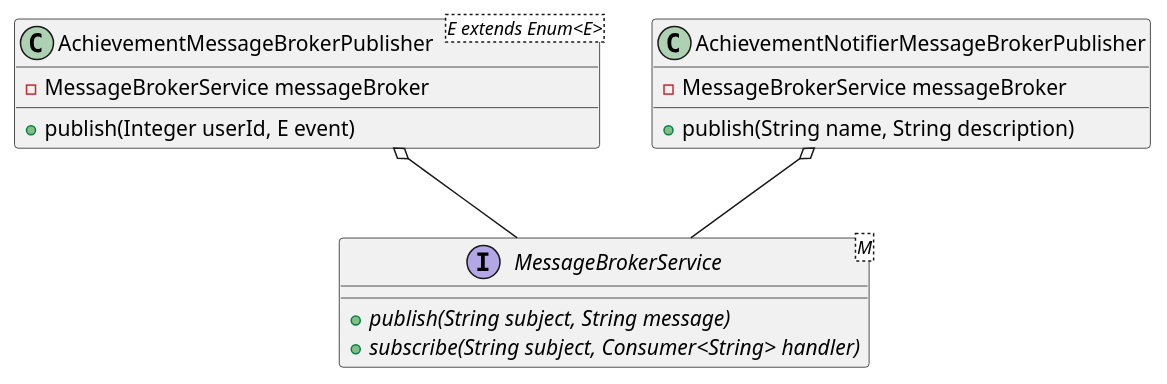
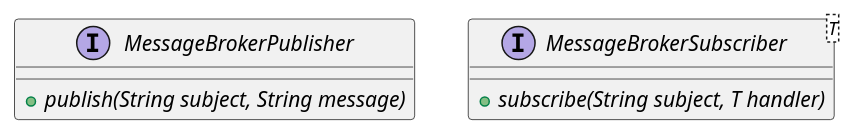
Before and after one commit to laurenci/hydrotrack: the diagram in schemas/uml/class/message_broker.puml, drawn with PlantUML. The commit also changed 30 other files, not shown here.

```diff
--- a/schemas/uml/class/message_broker.puml
+++ b/schemas/uml/class/message_broker.puml
@@ -1,19 +1,9 @@
 @startuml
-interface MessageBrokerService<M> {
+interface MessageBrokerPublisher {
     + {abstract} publish(String subject, String message)
-    + {abstract} subscribe(String subject, Consumer<String> handler)
 }
 
-class AchievementMessageBrokerPublisher<E extends Enum<E>> {
-    - MessageBrokerService messageBroker
-    + publish(Integer userId, E event)
+interface MessageBrokerSubscriber<T> {
+    + {abstract} subscribe(String subject, T handler)
 }
-
-class  AchievementNotifierMessageBrokerPublisher {
-    - MessageBrokerService messageBroker
-    + publish(String name, String description)
-}
-
-AchievementMessageBrokerPublisher o-- MessageBrokerService
-AchievementNotifierMessageBrokerPublisher o-- MessageBrokerService
 @enduml
```
